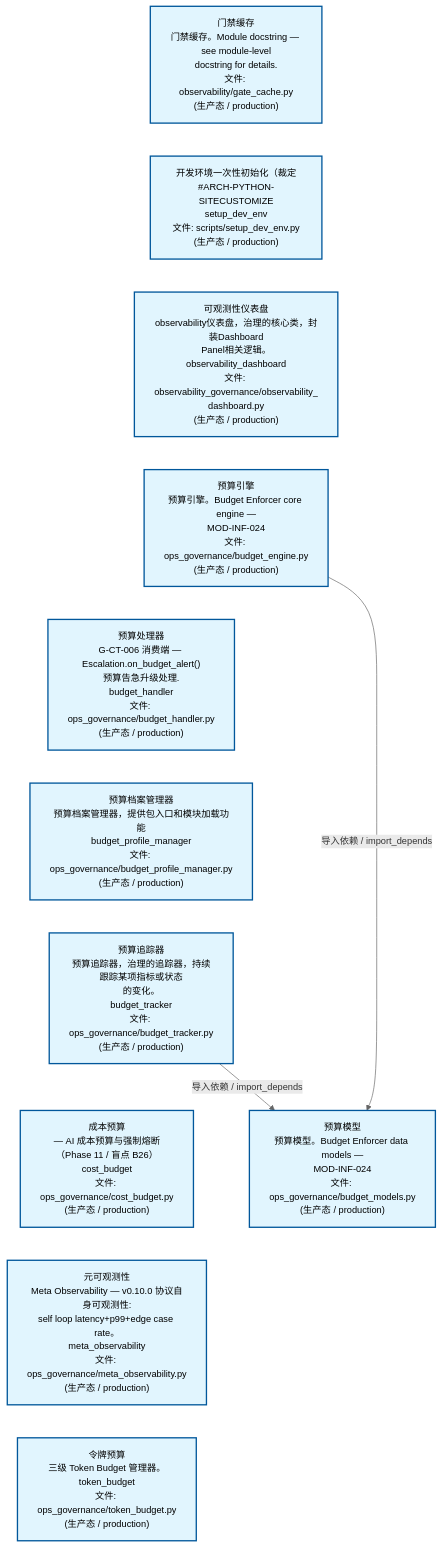
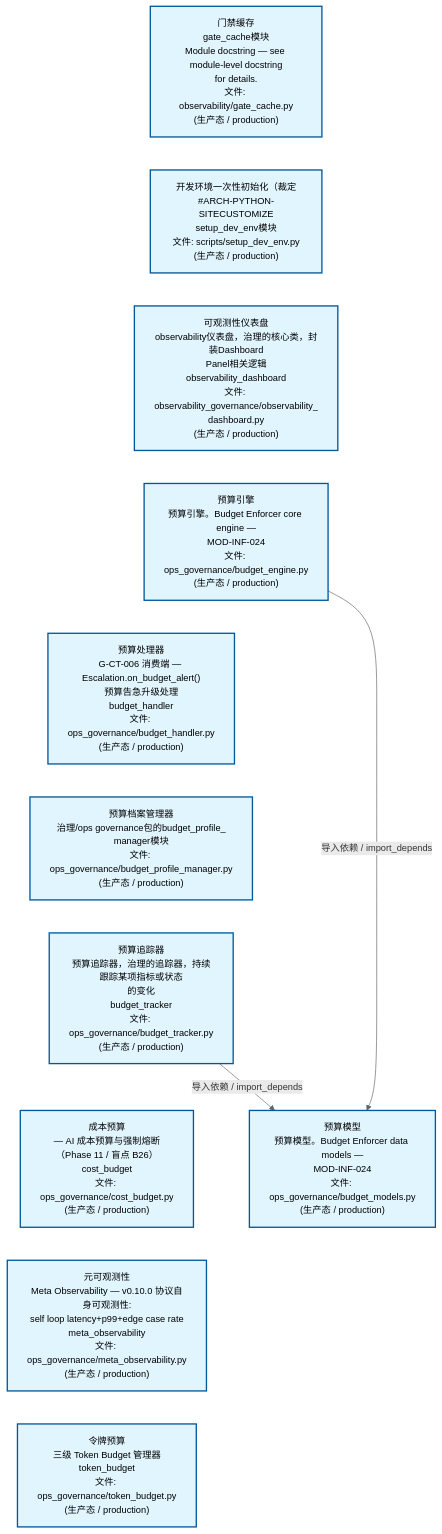
One commit to xuanFelixVan/ZephyrAlpha changed the second of 3 diagrams in docs/02_enterprise_architecture/02_domain_architecture_docs/24_d_ops.md. Above: the diagram before and after it, drawn with Mermaid. The commit also changed other lines of this file and 62 other files, not shown here.

````diff
--- a/docs/02_enterprise_architecture/02_domain_architecture_docs/24_d_ops.md
+++ b/docs/02_enterprise_architecture/02_domain_architecture_docs/24_d_ops.md
@@ -126,31 +125,31 @@
 ```mermaid
 %%{init: {'theme': 'base', 'themeVariables': {'primaryColor': '#eaeaea', 'primaryTextColor': '#333333', 'primaryBorderColor': '#666666', 'lineColor': '#666666', 'secondaryColor': '#eaeaea', 'tertiaryColor': '#eaeaea', 'fontSize': '14px'}}}%%
 flowchart TD
-    scripts_governance_observability_gate_cache_py["门禁缓存<br/>门禁缓存。Module docstring — see module-level<br/>docstring for details.<br/>文件: observability/gate_cache.py<br/>(生产态 / production)"]
-    scripts_setup_dev_env_py["开发环境一次性初始化（裁定<br/>#ARCH-PYTHON-SITECUSTOMIZE<br/>setup_dev_env<br/>文件: scripts/setup_dev_env.py<br/>(生产态 / production)"]
-    src_zephyr_governance_observability_governance_observability_dashboard_py["可观测性仪表盘<br/>observability仪表盘，治理的核心类，封装Dashboard<br/>Panel相关逻辑。<br/>observability_dashboard<br/>文件: observability_governance/observability_<br/>dashboard.py<br/>(生产态 / production)"]
+    scripts_governance_observability_gate_cache_py["门禁缓存<br/>gate_cache模块<br/>Module docstring — see module-level docstring<br/>for details.<br/>文件: observability/gate_cache.py<br/>(生产态 / production)"]
+    scripts_setup_dev_env_py["开发环境一次性初始化（裁定<br/>#ARCH-PYTHON-SITECUSTOMIZE<br/>setup_dev_env模块<br/>文件: scripts/setup_dev_env.py<br/>(生产态 / production)"]
+    src_zephyr_governance_observability_governance_observability_dashboard_py["可观测性仪表盘<br/>observability仪表盘，治理的核心类，封装Dashboard<br/>Panel相关逻辑<br/>observability_dashboard<br/>文件: observability_governance/observability_<br/>dashboard.py<br/>(生产态 / production)"]
     src_zephyr_governance_ops_governance_budget_engine_py["预算引擎<br/>预算引擎。Budget Enforcer core engine —<br/>MOD-INF-024<br/>文件: ops_governance/budget_engine.py<br/>(生产态 / production)"]
-    src_zephyr_governance_ops_governance_budget_handler_py["预算处理器<br/>G-CT-006 消费端 — Escalation.on_budget_alert()<br/>预算告急升级处理.<br/>budget_handler<br/>文件: ops_governance/budget_handler.py<br/>(生产态 / production)"]
-    src_zephyr_governance_ops_governance_budget_profile_manager_py["预算档案管理器<br/>预算档案管理器，提供包入口和模块加载功能<br/>budget_profile_manager<br/>文件: ops_governance/budget_profile_manager.py<br/>(生产态 / production)"]
-    src_zephyr_governance_ops_governance_budget_tracker_py["预算追踪器<br/>预算追踪器，治理的追踪器，持续跟踪某项指标或状态<br/>的变化。<br/>budget_tracker<br/>文件: ops_governance/budget_tracker.py<br/>(生产态 / production)"]
+    src_zephyr_governance_ops_governance_budget_handler_py["预算处理器<br/>G-CT-006 消费端 — Escalation.on_budget_alert()<br/>预算告急升级处理<br/>budget_handler<br/>文件: ops_governance/budget_handler.py<br/>(生产态 / production)"]
+    src_zephyr_governance_ops_governance_budget_profile_manager_py["预算档案管理器<br/>治理/ops governance包的budget_profile_<br/>manager模块<br/>文件: ops_governance/budget_profile_manager.py<br/>(生产态 / production)"]
+    src_zephyr_governance_ops_governance_budget_tracker_py["预算追踪器<br/>预算追踪器，治理的追踪器，持续跟踪某项指标或状态<br/>的变化<br/>budget_tracker<br/>文件: ops_governance/budget_tracker.py<br/>(生产态 / production)"]
     src_zephyr_governance_ops_governance_cost_budget_py["成本预算<br/>— AI 成本预算与强制熔断（Phase 11 / 盲点 B26）<br/>cost_budget<br/>文件: ops_governance/cost_budget.py<br/>(生产态 / production)"]
-    src_zephyr_governance_ops_governance_meta_observability_py["元可观测性<br/>Meta Observability — v0.10.0 协议自身可观测性:<br/>self loop latency+p99+edge case rate。<br/>meta_observability<br/>文件: ops_governance/meta_observability.py<br/>(生产态 / production)"]
-    src_zephyr_governance_ops_governance_token_budget_py["令牌预算<br/>三级 Token Budget 管理器。<br/>token_budget<br/>文件: ops_governance/token_budget.py<br/>(生产态 / production)"]
+    src_zephyr_governance_ops_governance_meta_observability_py["元可观测性<br/>Meta Observability — v0.10.0 协议自身可观测性:<br/>self loop latency+p99+edge case rate<br/>meta_observability<br/>文件: ops_governance/meta_observability.py<br/>(生产态 / production)"]
+    src_zephyr_governance_ops_governance_token_budget_py["令牌预算<br/>三级 Token Budget 管理器<br/>token_budget<br/>文件: ops_governance/token_budget.py<br/>(生产态 / production)"]
     scripts_governance_observability_gate_cache_py ~~~ scripts_setup_dev_env_py
     scripts_setup_dev_env_py ~~~ src_zephyr_governance_observability_governance_observability_dashboard_py
     src_zephyr_governance_observability_governance_observability_dashboard_py ~~~ src_zephyr_governance_ops_governance_budget_engine_py
     src_zephyr_governance_ops_governance_budget_engine_py ~~~ src_zephyr_governance_ops_governance_budget_handler_py
     src_zephyr_governance_ops_governance_budget_handler_py ~~~ src_zephyr_governance_ops_governance_budget_profile_manager_py
     src_zephyr_governance_ops_governance_budget_profile_manager_py ~~~ src_zephyr_governance_ops_governance_budget_tracker_py
     src_zephyr_governance_ops_governance_budget_tracker_py ~~~ src_zephyr_governance_ops_governance_cost_budget_py
     src_zephyr_governance_ops_governance_cost_budget_py ~~~ src_zephyr_governance_ops_governance_meta_observability_py
     src_zephyr_governance_ops_governance_meta_observability_py ~~~ src_zephyr_governance_ops_governance_token_budget_py
     src_zephyr_governance_ops_governance_budget_models_py["预算模型<br/>预算模型。Budget Enforcer data models —<br/>MOD-INF-024<br/>文件: ops_governance/budget_models.py<br/>(生产态 / production)"]
     src_zephyr_governance_ops_governance_budget_engine_py -->|导入依赖 / import_depends| src_zephyr_governance_ops_governance_budget_models_py
     src_zephyr_governance_ops_governance_budget_tracker_py -->|导入依赖 / import_depends| src_zephyr_governance_ops_governance_budget_models_py
     classDef production fill:#e1f5fe,stroke:#01579b,stroke-width:2px,color:#000
     classDef design fill:#fff3e0,stroke:#e65100,stroke-width:2px,color:#000,stroke-dasharray: 5 5
     classDef external_prod fill:#e8f4fd,stroke:#0277bd,stroke-width:1px,color:#000
     classDef external_design fill:#fff8e7,stroke:#ef6c00,stroke-width:1px,color:#000,stroke-dasharray: 5 5
     class scripts_governance_observability_gate_cache_py,scripts_setup_dev_env_py,src_zephyr_governance_observability_governance_observability_dashboard_py,src_zephyr_governance_ops_governance_budget_engine_py,src_zephyr_governance_ops_governance_budget_handler_py,src_zephyr_governance_ops_governance_budget_models_py,src_zephyr_governance_ops_governance_budget_profile_manager_py,src_zephyr_governance_ops_governance_budget_tracker_py,src_zephyr_governance_ops_governance_cost_budget_py,src_zephyr_governance_ops_governance_meta_observability_py,src_zephyr_governance_ops_governance_token_budget_py production
 ```
````
